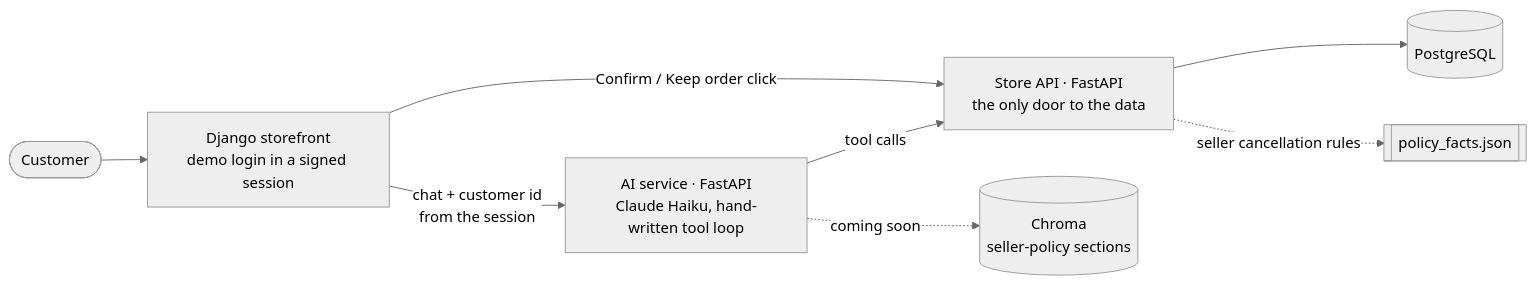
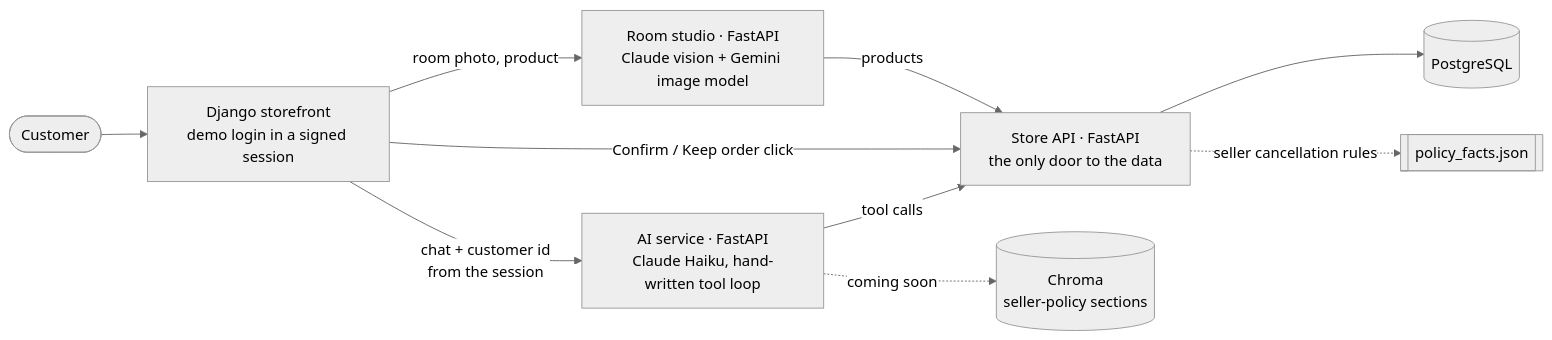
Before and after one commit to soroush-ziaeinejad/CheeBag: the first of 2 diagrams in README.md, drawn with Mermaid (neutral theme). The commit also changed other lines of this file and 65 other files, not shown here.

Commit message:
CheeBag: Room studio, online shops, resizable panel, product cards in chat

````diff
--- a/README.md
+++ b/README.md
@@ -46,10 +47,12 @@
 ```mermaid
 flowchart LR
     U([Customer]) --> W["Django storefront<br/>demo login in a signed session"]
     W -- "chat + customer id<br/>from the session" --> A["AI service · FastAPI<br/>Claude Haiku, hand-written tool loop"]
     A -- "tool calls" --> S["Store API · FastAPI<br/>the only door to the data"]
     W -- "Confirm / Keep order click" --> S
     S --> DB[(PostgreSQL)]
     S -. "seller cancellation rules" .-> J[["policy_facts.json"]]
     A -. "coming soon" .-> V[("Chroma<br/>seller-policy sections")]
+    W -- "room photo, product" --> R["Room studio · FastAPI<br/>Claude vision + Gemini image model"]
+    R -- "products" --> S
 ```
````
